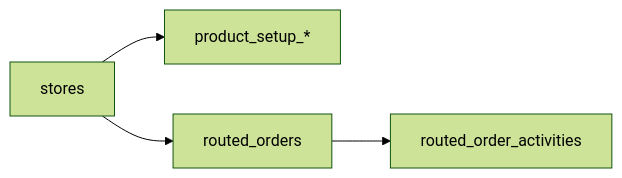
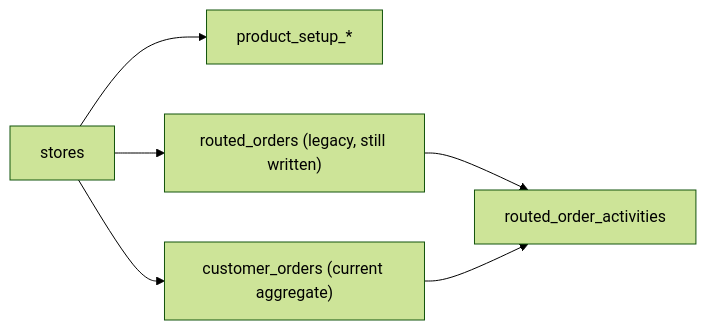
One commit to tuannm99/podzone changed the fourth of 4 diagrams in docs/02-architecture-overall/04-data-ownership.md. Above: the diagram before and after it, drawn with Mermaid (forest theme). The commit also changed other lines of this file and 13 other files, not shown here.

````diff
--- a/docs/02-architecture-overall/04-data-ownership.md
+++ b/docs/02-architecture-overall/04-data-ownership.md
@@ -73,11 +91,14 @@
 ```mermaid
 flowchart LR
     Stores["stores"]
     ProductSetup["product_setup_*"]
-    RoutedOrders["routed_orders"]
+    RoutedOrders["routed_orders (legacy, still written)"]
+    CustomerOrders["customer_orders (current aggregate)"]
     Activities["routed_order_activities"]
 
     Stores --> ProductSetup
     Stores --> RoutedOrders
+    Stores --> CustomerOrders
     RoutedOrders --> Activities
+    CustomerOrders --> Activities
 ```
````
